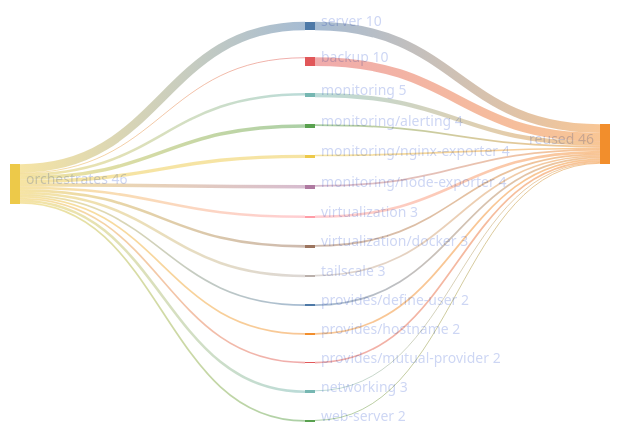
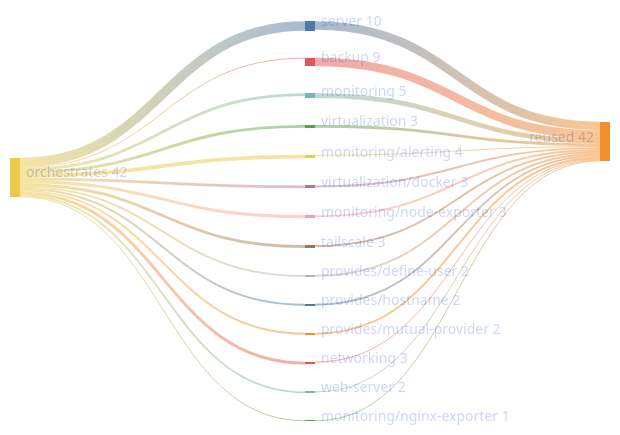
One commit to sini/den changed the diagram in templates/diag-fx-demo/diagrams/web-server-fan.md. Above: the diagram before and after it, drawn with Mermaid. The commit also changed 526 other files, not shown here.

Commit message:
chore: update fx diagrams

````diff
--- a/templates/diag-fx-demo/diagrams/web-server-fan.md
+++ b/templates/diag-fx-demo/diagrams/web-server-fan.md
@@ -5,33 +5,33 @@
 ```mermaid
 %%{init: {"theme":"base","themeVariables":{"activationBkgColor":"#313244","activationBorderColor":"#6c7086","actorBkg":"#313244","actorBorder":"#a6adc8","actorLineColor":"#a6adc8","actorTextColor":"#cdd6f4","background":"#1e1e2e","classText":"#cdd6f4","clusterBkg":"#313244","clusterBorder":"#6c7086","edgeLabelBackground":"#1e1e2e","labelBoxBkgColor":"#313244","labelBoxBorderColor":"#a6adc8","labelTextColor":"#cdd6f4","lineColor":"#a6adc8","loopTextColor":"#cdd6f4","mainBkg":"#313244","nodeBkg":"#313244","nodeBorder":"#a6adc8","nodeTextColor":"#cdd6f4","noteBkgColor":"#313244","noteBorderColor":"#6c7086","noteTextColor":"#cdd6f4","pie1":"#f38ba8","pie2":"#fab387","pie3":"#f9e2af","pie4":"#a6e3a1","pie5":"#94e2d5","pie6":"#89b4fa","pie7":"#cba6f7","pie8":"#f2cdcd","pieLegendTextColor":"#cdd6f4","pieOuterStrokeColor":"#6c7086","pieSectionTextColor":"#cdd6f4","pieStrokeColor":"#6c7086","pieTitleTextColor":"#cdd6f4","primaryBorderColor":"#a6adc8","primaryColor":"#313244","primaryTextColor":"#cdd6f4","secondBkg":"#313244","secondaryBorderColor":"#6c7086","secondaryColor":"#313244","secondaryTextColor":"#cdd6f4","sequenceNumberColor":"#1e1e2e","signalColor":"#a6adc8","signalTextColor":"#cdd6f4","tertiaryBorderColor":"#6c7086","tertiaryColor":"#313244","tertiaryTextColor":"#cdd6f4","textColor":"#cdd6f4","titleColor":"#cdd6f4"}}}%%
 sankey-beta
 
-"server","reused",10
-"backup","reused",10
+"server","reused",9
+"backup","reused",9
 "monitoring","reused",5
-"monitoring/alerting","reused",2
-"monitoring/nginx-exporter","reused",2
+"virtualization","reused",3
+"monitoring/alerting","reused",1
+"virtualization/docker","reused",2
 "monitoring/node-exporter","reused",2
-"virtualization","reused",3
-"virtualization/docker","reused",2
 "tailscale","reused",2
 "provides/define-user","reused",2
 "provides/hostname","reused",2
 "provides/mutual-provider","reused",2
 "networking","reused",1
 "web-server","reused",1
+"monitoring/nginx-exporter","reused",1
 "orchestrates","server",10
 "orchestrates","backup",1
 "orchestrates","monitoring",3
+"orchestrates","virtualization",3
 "orchestrates","monitoring/alerting",4
-"orchestrates","monitoring/nginx-exporter",4
-"orchestrates","monitoring/node-exporter",4
-"orchestrates","virtualization",3
 "orchestrates","virtualization/docker",3
+"orchestrates","monitoring/node-exporter",3
 "orchestrates","tailscale",3
 "orchestrates","provides/define-user",2
 "orchestrates","provides/hostname",2
 "orchestrates","provides/mutual-provider",2
 "orchestrates","networking",3
 "orchestrates","web-server",2
+"orchestrates","monitoring/nginx-exporter",1
 ```
````
